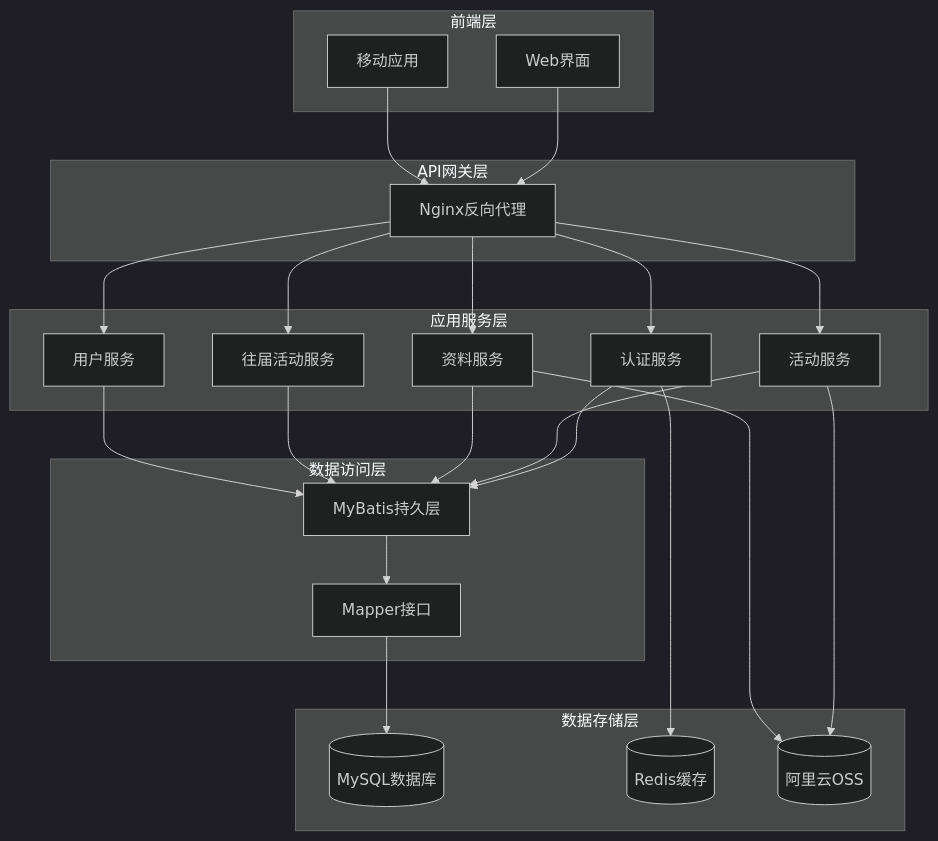
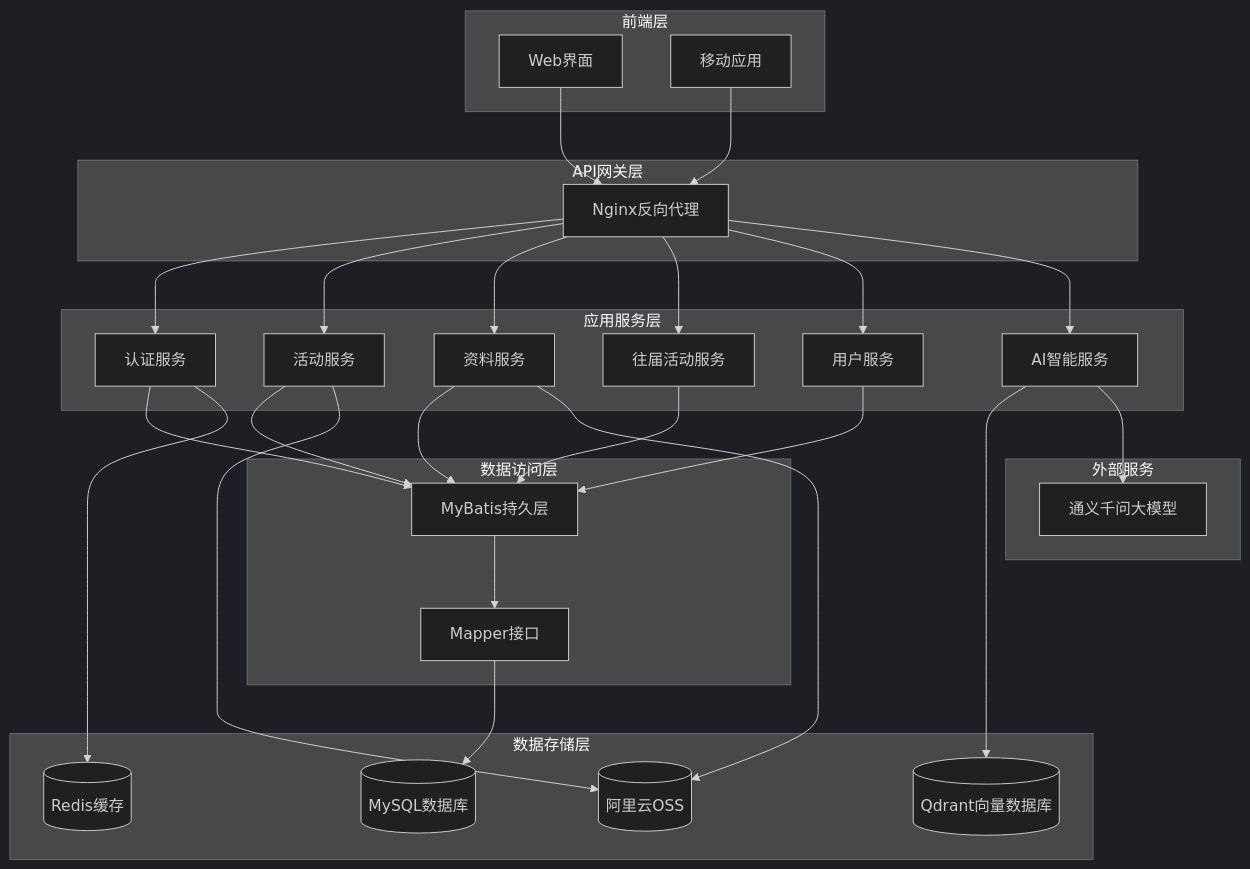
The first of 14 diagrams in .qoder/repowiki/zh/content/项目概述.md (Redmoon-2333/HumanResourceOfficial), drawn with Mermaid (dark theme) before and after one commit. The commit also changed other lines of this file and 17 other files, not shown here.

````diff
--- a/.qoder/repowiki/zh/content/项目概述.md
+++ b/.qoder/repowiki/zh/content/项目概述.md
@@ -53,43 +74,51 @@
 ```mermaid
 graph TB
 subgraph "前端层"
 WebUI[Web界面]
 MobileApp[移动应用]
 end
 subgraph "API网关层"
 Gateway[Nginx反向代理]
 end
 subgraph "应用服务层"
 AuthSvc[认证服务]
 ActivitySvc[活动服务]
 MaterialSvc[资料服务]
 PastActivitySvc[往届活动服务]
 UserSvc[用户服务]
+AISvc[AI智能服务]
 end
 subgraph "数据访问层"
 MyBatis[MyBatis持久层]
 Mapper[Mapper接口]
 end
 subgraph "数据存储层"
 MySQL[(MySQL数据库)]
 Redis[(Redis缓存)]
 AliyunOSS[(阿里云OSS)]
+Qdrant[(Qdrant向量数据库)]
+end
+subgraph "外部服务"
+Qwen[通义千问大模型]
 end
 WebUI --> Gateway
 MobileApp --> Gateway
 Gateway --> AuthSvc
 Gateway --> ActivitySvc
 Gateway --> MaterialSvc
 Gateway --> PastActivitySvc
 Gateway --> UserSvc
+Gateway --> AISvc
 AuthSvc --> MyBatis
 ActivitySvc --> MyBatis
 MaterialSvc --> MyBatis
 PastActivitySvc --> MyBatis
 UserSvc --> MyBatis
 MyBatis --> Mapper
 Mapper --> MySQL
 AuthSvc --> Redis
 ActivitySvc --> AliyunOSS
 MaterialSvc --> AliyunOSS
+AISvc --> Qdrant
+AISvc --> Qwen
 ```
````
